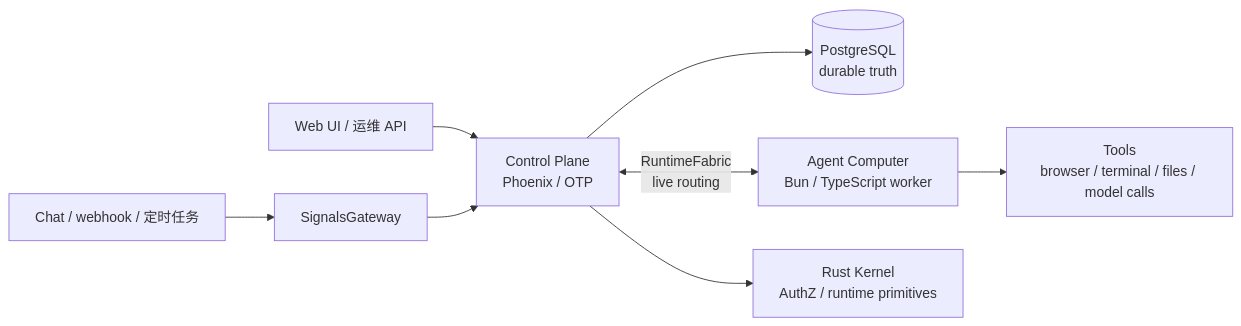
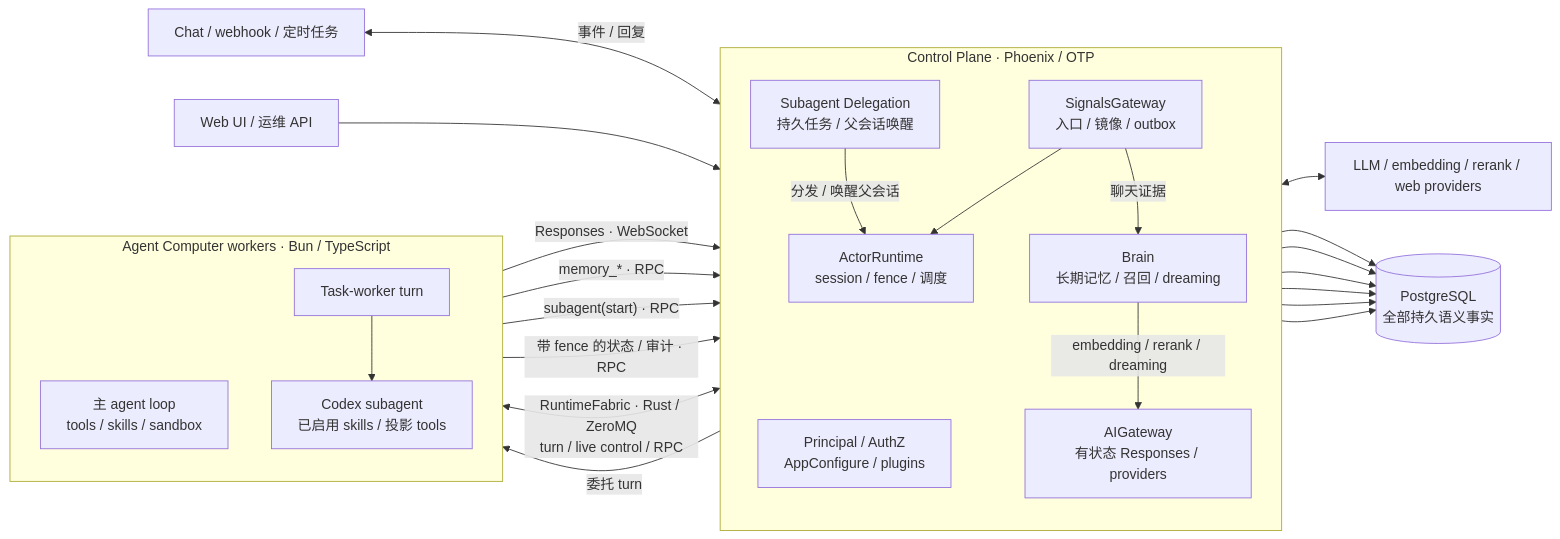
One commit to AgentBull/ankole changed the diagram in README.zh-Hans.md. Above: the diagram before and after it, drawn with Mermaid. The commit also changed other lines of this file and 249 other files, not shown here.

````diff
--- a/README.zh-Hans.md
+++ b/README.zh-Hans.md
@@ -66,13 +66,42 @@
 ```mermaid
 flowchart LR
-  Providers["Chat / webhook / 定时任务"] --> SG["SignalsGateway"]
-  Console["Web UI / 运维 API"] --> CP["Control Plane<br/>Phoenix / OTP"]
+  subgraph CP["Control Plane · Phoenix / OTP"]
+    direction TB
+    Platform["Principal / AuthZ<br/>AppConfigure / plugins"]
+    SG["SignalsGateway<br/>入口 / 镜像 / outbox"]
+    AR["ActorRuntime<br/>session / fence / 调度"]
+    AI["AIGateway<br/>有状态 Responses / providers"]
+    Brain["Brain<br/>长期记忆 / 召回 / dreaming"]
+    Delegation["Subagent Delegation<br/>持久任务 / 父会话唤醒"]
 
-  SG --> CP
-  CP --> PG[("PostgreSQL<br/>durable truth")]
+    SG --> AR
+    SG -->|"聊天证据"| Brain
+    Brain -->|"embedding / rerank / dreaming"| AI
+    Delegation -->|"分发 / 唤醒父会话"| AR
+  end
 
-  CP <-->|"RuntimeFabric<br/>live routing"| Worker["Agent Computer<br/>Bun / TypeScript worker"]
+  subgraph AC["Agent Computer workers · Bun / TypeScript"]
+    direction TB
+    Main["主 agent loop<br/>tools / skills / sandbox"]
+    Task["Task-worker turn"]
+    Codex["Codex subagent<br/>已启用 skills / 投影 tools"]
+    Task --> Codex
+  end
 
-  Worker --> Tools["Tools<br/>browser / terminal / files / model calls"]
-  CP --> Kernel["Rust Kernel<br/>AuthZ / runtime primitives"]
+  Channels["Chat / webhook / 定时任务"] <-->|"事件 / 回复"| SG
+  Console["Web UI / 运维 API"] --> Platform
+  AR <-->|"RuntimeFabric · Rust / ZeroMQ<br/>turn / live control / RPC"| Main
+  Main -->|"Responses · WebSocket"| AI
+  Main -->|"memory_* · RPC"| Brain
+  Main -->|"subagent(start) · RPC"| Delegation
+  AR -->|"委托 turn"| Task
+  Task -->|"带 fence 的状态 / 审计 · RPC"| Delegation
+  AI <--> Models["LLM / embedding / rerank / web providers"]
+
+  Platform --> PG[("PostgreSQL<br/>全部持久语义事实")]
+  SG --> PG
+  AR --> PG
+  AI --> PG
+  Brain --> PG
+  Delegation --> PG
 ```
````
